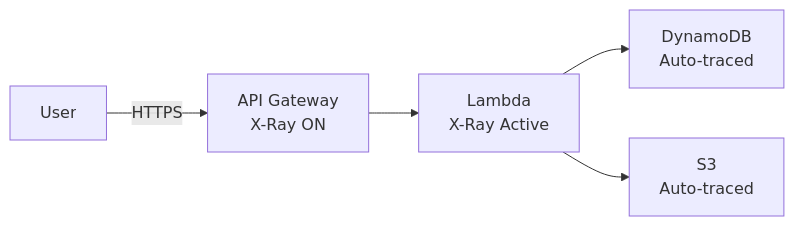
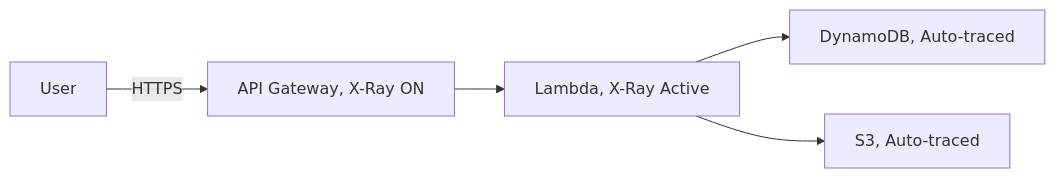
The second of 3 diagrams in Chapter_41_AWS_X_Ray.md (DeeptiShuklaProject/Uday_AWS), drawn with Mermaid before and after one commit. The commit also changed other lines of this file and 34 other files, not shown here.

Commit message:
Fix mermaid diagrams syntax across all chapters (quote labels and remove HTML)

````diff
--- a/Chapter_41_AWS_X_Ray.md
+++ b/Chapter_41_AWS_X_Ray.md
@@ -422,7 +422,7 @@
 ```mermaid
 flowchart LR
-    User[User] -->|HTTPS| APIGW[API Gateway<br>X-Ray ON]
-    APIGW --> Lambda[Lambda<br>X-Ray Active]
-    Lambda --> DDB[DynamoDB<br>Auto-traced]
-    Lambda --> S3[S3<br>Auto-traced]
+    User[User] -->|HTTPS| APIGW["API Gateway, X-Ray ON"]
+    APIGW --> Lambda["Lambda, X-Ray Active"]
+    Lambda --> DDB["DynamoDB, Auto-traced"]
+    Lambda --> S3["S3, Auto-traced"]
 ```
````
